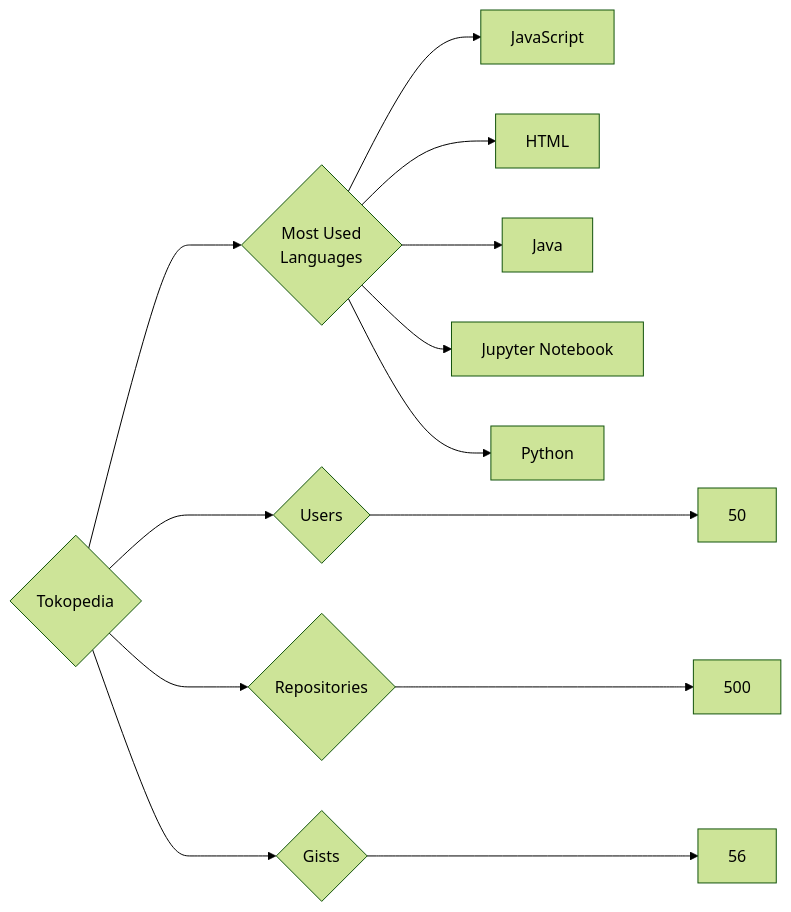
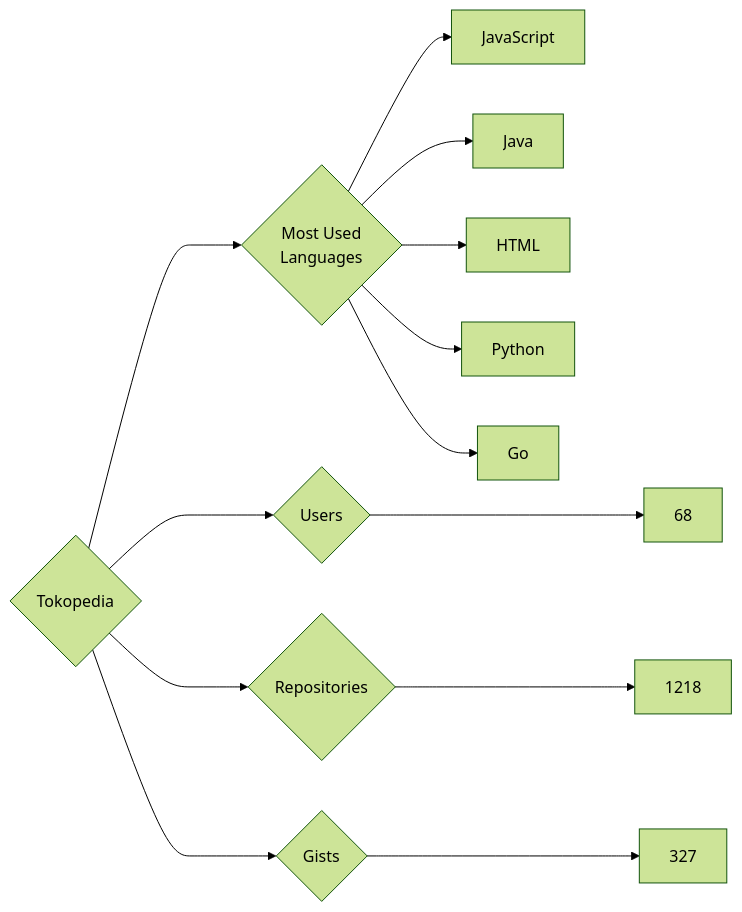
Before and after one commit to trickest/insiders: the diagram in targets/Tokopedia/README.md, drawn with Mermaid (forest theme). The commit also changed 877 other files, not shown here.

````diff
--- a/targets/Tokopedia/README.md
+++ b/targets/Tokopedia/README.md
@@ -3,13 +3,13 @@
 ```mermaid
 graph LR
 COMPANY_NAME{Tokopedia}
-COMPANY_NAME ---> U{Users} ---> UN[50]
-COMPANY_NAME ---> R{Repositories} ---> RN[500]
-COMPANY_NAME ---> G{Gists} ---> GN[56]
+COMPANY_NAME ---> U{Users} ---> UN[68]
+COMPANY_NAME ---> R{Repositories} ---> RN[1218]
+COMPANY_NAME ---> G{Gists} ---> GN[327]
 COMPANY_NAME ---> ML{Most Used<br>Languages}
 ML --> JavaScript[JavaScript]
+ML --> Java[Java]
 ML --> HTML[HTML]
-ML --> Java[Java]
-ML --> Jupyter_Notebook[Jupyter Notebook]
 ML --> Python[Python]
+ML --> Go[Go]
 ```
````
